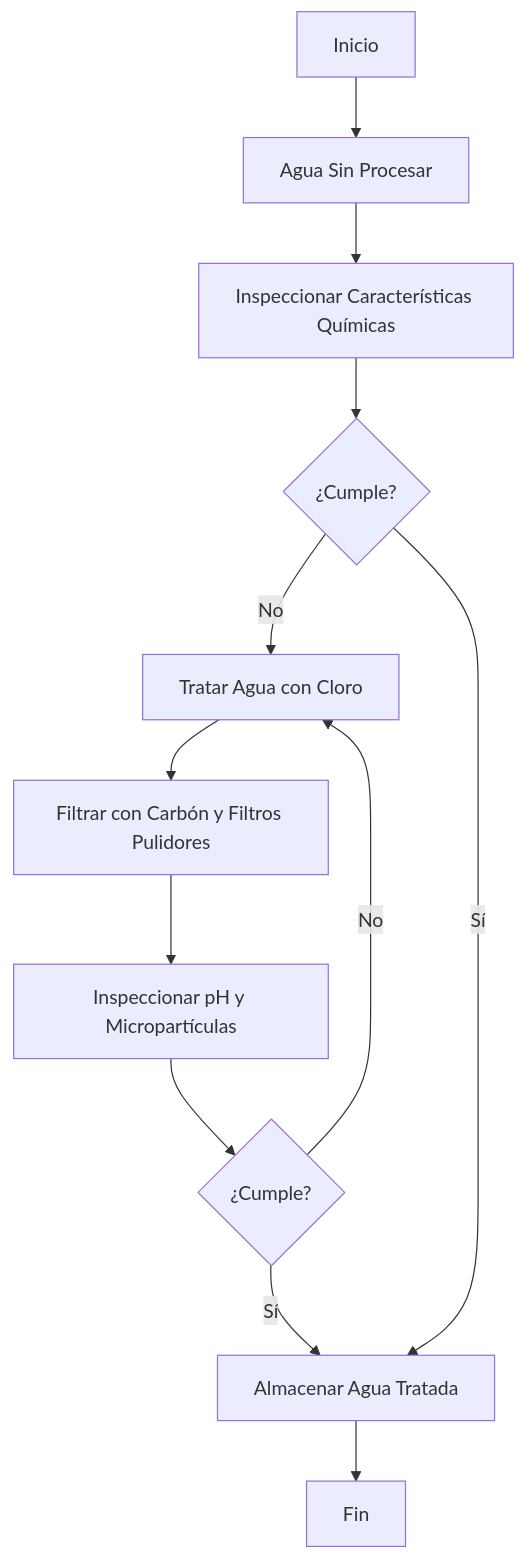
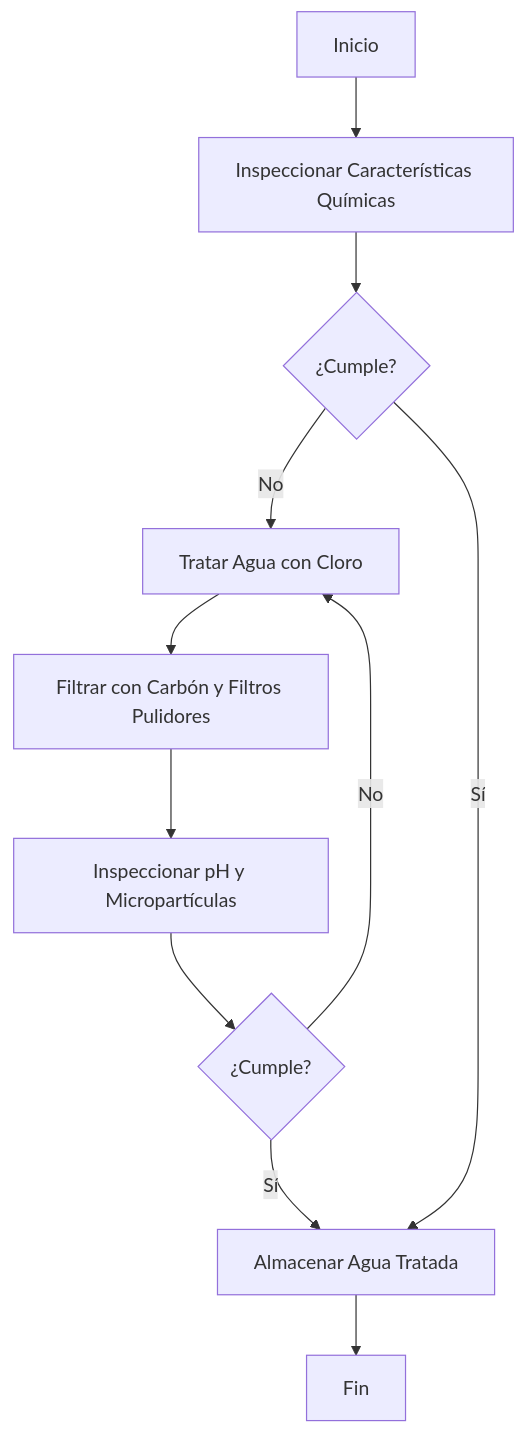
Before and after one commit to NicolasDavila2001/APM-20261S: the second of 2 diagrams in Modulo_2/Readme.md, drawn with Mermaid.

Commit message:
Refactor water treatment flowchart in Readme.md

````diff
--- a/Modulo_2/Readme.md
+++ b/Modulo_2/Readme.md
@@ -54,19 +54,17 @@
 ```mermaid
 flowchart TD
-    A[Inicio] --> B[Agua Sin Procesar]
+    A[Inicio] --> B[Inspeccionar Características Químicas]
 
-    B --> C[Inspeccionar Características Químicas]
-    C --> D{¿Cumple?}
-
-    D -- No --> E[Tratar Agua con Cloro]
+    B --> C{¿Cumple?}
+    C -- No --> E[Tratar Agua con Cloro]
     E --> F[Filtrar con Carbón y Filtros Pulidores]
     F --> G[Inspeccionar pH y Micropartículas]
 
     G --> H{¿Cumple?}
     H -- No --> E
     H -- Sí --> I[Almacenar Agua Tratada]
 
-    D -- Sí --> I
+    C -- Sí --> I
 
     I --> J[Fin]
 ```
````
